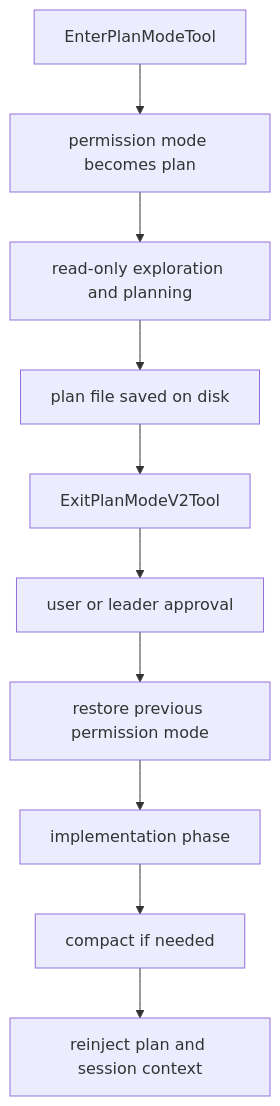
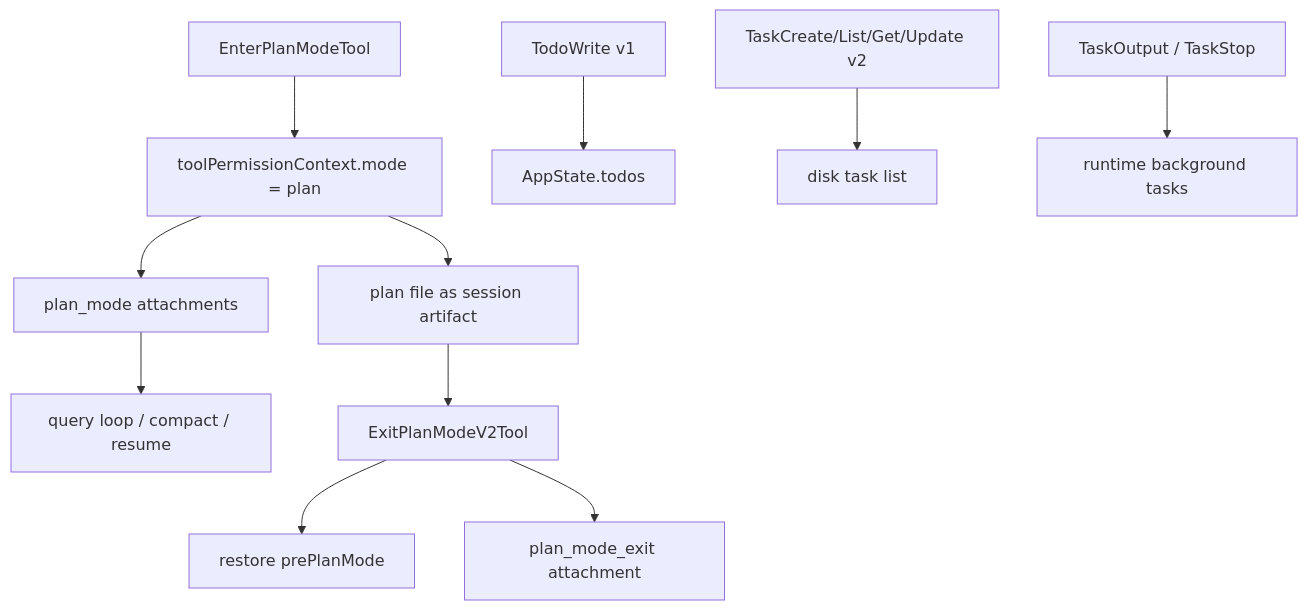
One commit to Boulea7/ClaudeCode-Source-DeepDive changed the second of 2 diagrams in MODULES/02-planning-compaction-and-assistant/DEEP/README.md. Above: the diagram before and after it, drawn with Mermaid. The commit also changed other lines of this file and 5 other files, not shown here.

````diff
--- a/MODULES/02-planning-compaction-and-assistant/DEEP/README.md
+++ b/MODULES/02-planning-compaction-and-assistant/DEEP/README.md
@@ -95,12 +241,14 @@
 ```mermaid
 flowchart TD
-    A[EnterPlanModeTool] --> B[permission mode becomes plan]
-    B --> C[read-only exploration and planning]
-    C --> D[plan file saved on disk]
-    D --> E[ExitPlanModeV2Tool]
-    E --> F[user or leader approval]
-    F --> G[restore previous permission mode]
-    G --> H[implementation phase]
-    H --> I[compact if needed]
-    I --> J[reinject plan and session context]
+    A[EnterPlanModeTool] --> B[toolPermissionContext.mode = plan]
+    B --> C[plan file as session artifact]
+    B --> D[plan_mode attachments]
+    D --> E[query loop / compact / resume]
+    C --> F[ExitPlanModeV2Tool]
+    F --> G[restore prePlanMode]
+    F --> H[plan_mode_exit attachment]
+
+    I[TodoWrite v1] --> J[AppState.todos]
+    K[TaskCreate/List/Get/Update v2] --> L[disk task list]
+    M[TaskOutput / TaskStop] --> N[runtime background tasks]
 ```
````
